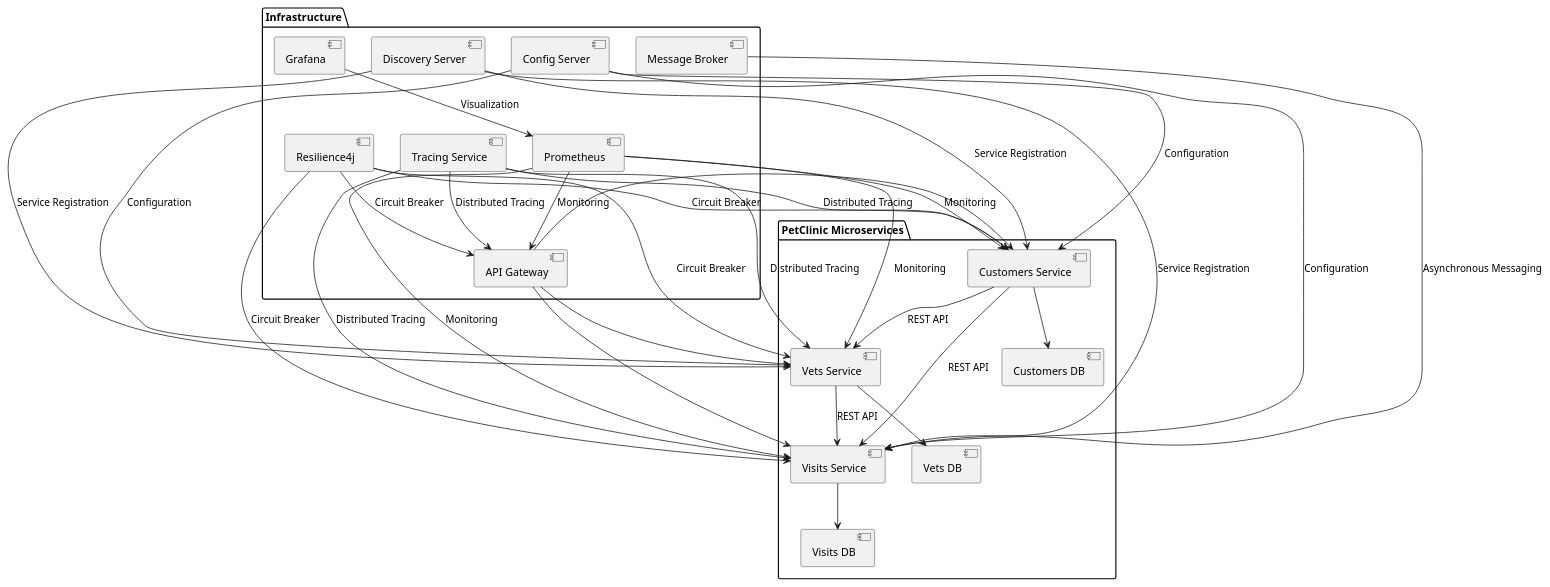
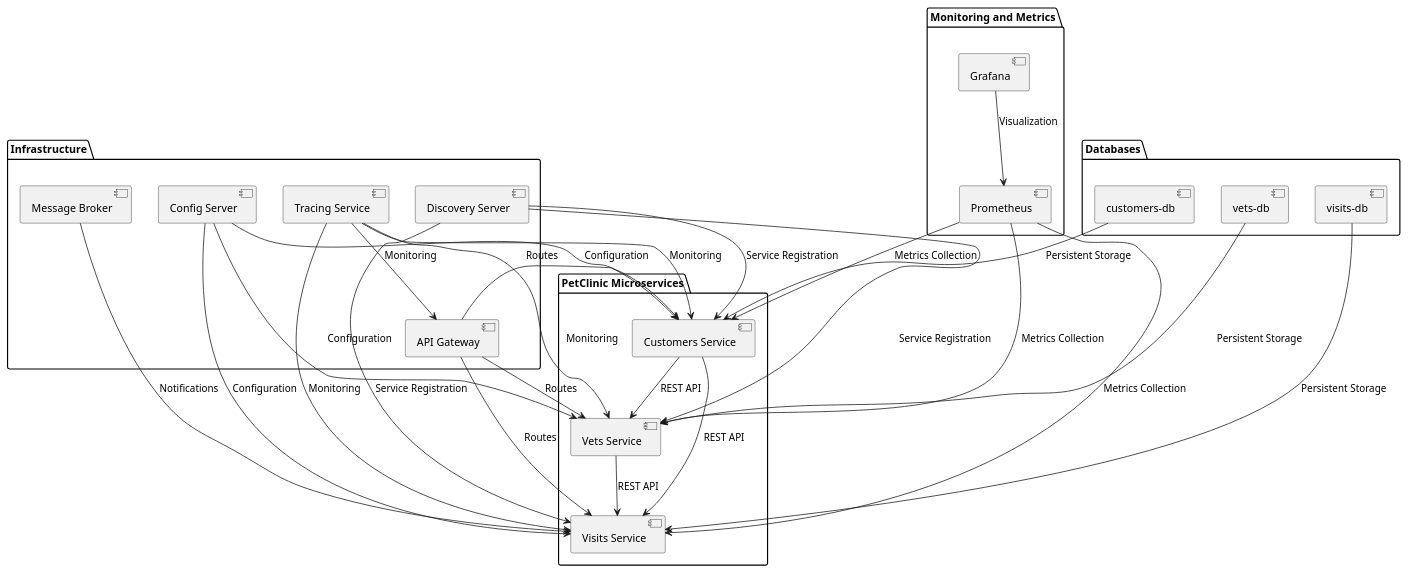
One commit to DudaWendelMaia/Projarc changed the diagram in Exercício 7: Microsserviços.md. Above: the diagram before and after it, drawn with PlantUML.

Commit message:
Update Exercício 7: Microsserviços.md

````diff
--- a/Exercício 7: Microsserviços.md
+++ b/Exercício 7: Microsserviços.md
@@ -39,48 +39,45 @@
 ```plantuml
 @startuml
 
 package "PetClinic Microservices" {
-    [Customers Service] --> [Customers DB]
-    [Vets Service] --> [Vets DB]
-    [Visits Service] --> [Visits DB]
-    
     [Customers Service] --> [Vets Service] : REST API
     [Customers Service] --> [Visits Service] : REST API
     [Vets Service] --> [Visits Service] : REST API
 }
 
 package "Infrastructure" {
-    [API Gateway] --> [Customers Service]
-    [API Gateway] --> [Vets Service]
-    [API Gateway] --> [Visits Service]
-    
+    [API Gateway] --> [Customers Service] : Routes
+    [API Gateway] --> [Vets Service] : Routes
+    [API Gateway] --> [Visits Service] : Routes
+
     [Discovery Server] --> [Customers Service] : Service Registration
     [Discovery Server] --> [Vets Service] : Service Registration
     [Discovery Server] --> [Visits Service] : Service Registration
 
     [Config Server] --> [Customers Service] : Configuration
     [Config Server] --> [Vets Service] : Configuration
     [Config Server] --> [Visits Service] : Configuration
-    
-    [Message Broker] --> [Visits Service] : Asynchronous Messaging
 
-    [Tracing Service] --> [API Gateway] : Distributed Tracing
-    [Tracing Service] --> [Customers Service] : Distributed Tracing
-    [Tracing Service] --> [Vets Service] : Distributed Tracing
-    [Tracing Service] --> [Visits Service] : Distributed Tracing
-    
-    [Prometheus] --> [API Gateway] : Monitoring
-    [Prometheus] --> [Customers Service] : Monitoring
-    [Prometheus] --> [Vets Service] : Monitoring
-    [Prometheus] --> [Visits Service] : Monitoring
+    [Message Broker] --> [Visits Service] : Notifications
 
+    [Tracing Service] --> [API Gateway] : Monitoring
+    [Tracing Service] --> [Customers Service] : Monitoring
+    [Tracing Service] --> [Vets Service] : Monitoring
+    [Tracing Service] --> [Visits Service] : Monitoring
+}
+
+package "Databases" {
+    [customers-db] --> [Customers Service] : Persistent Storage
+    [vets-db] --> [Vets Service] : Persistent Storage
+    [visits-db] --> [Visits Service] : Persistent Storage
+}
+
+package "Monitoring and Metrics" {
+    [Prometheus] --> [Customers Service] : Metrics Collection
+    [Prometheus] --> [Vets Service] : Metrics Collection
+    [Prometheus] --> [Visits Service] : Metrics Collection
     [Grafana] --> [Prometheus] : Visualization
-    
-    [Resilience4j] --> [API Gateway] : Circuit Breaker
-    [Resilience4j] --> [Customers Service] : Circuit Breaker
-    [Resilience4j] --> [Vets Service] : Circuit Breaker
-    [Resilience4j] --> [Visits Service] : Circuit Breaker
 }
 
 @enduml
 ```
````
